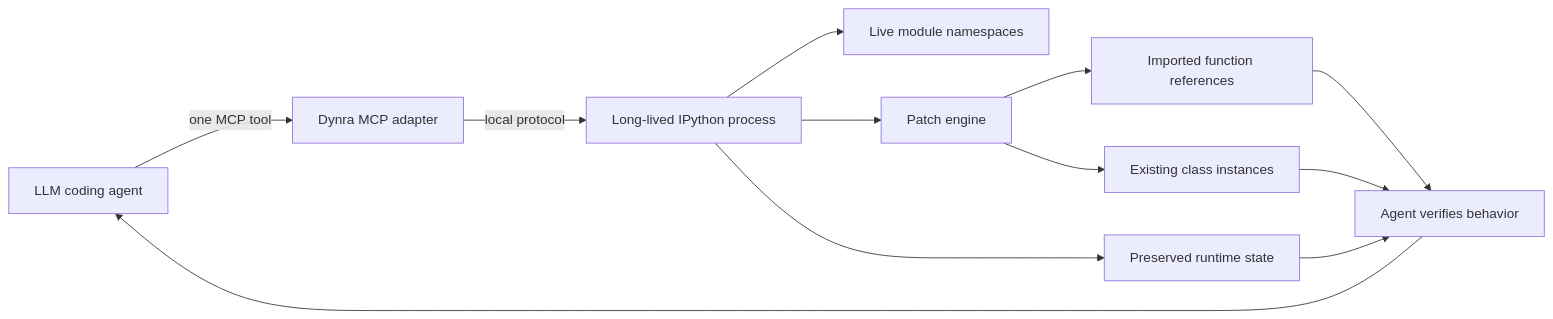
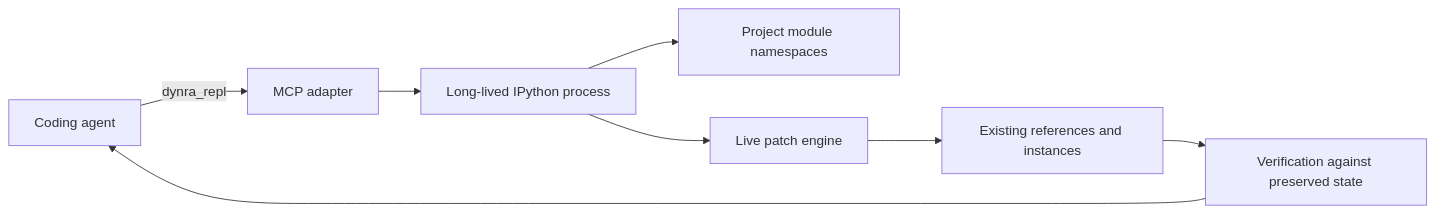
One commit to antlobach/Dynra changed the diagram in README.md. Above: the diagram before and after it, drawn with Mermaid. The commit also changed other lines of this file and 1 other file, not shown here.

Commit message:
docs: refresh README and add agent skill (#3)

````diff
--- a/README.md
+++ b/README.md
@@ -31,14 +25,10 @@
 ```mermaid
 flowchart LR
-    A[LLM coding agent] -->|one MCP tool| M[Dynra MCP adapter]
-    M -->|local protocol| P[Long-lived IPython process]
-    P --> N[Live module namespaces]
-    P --> H[Patch engine]
-    H --> F[Imported function references]
-    H --> I[Existing class instances]
-    P --> S[Preserved runtime state]
-    F --> V[Agent verifies behavior]
-    I --> V
-    S --> V
+    A[Coding agent] -->|dynra_repl| M[MCP adapter]
+    M --> R[Long-lived IPython process]
+    R --> N[Project module namespaces]
+    R --> P[Live patch engine]
+    P --> O[Existing references and instances]
+    O --> V[Verification against preserved state]
     V --> A
 ```
````
